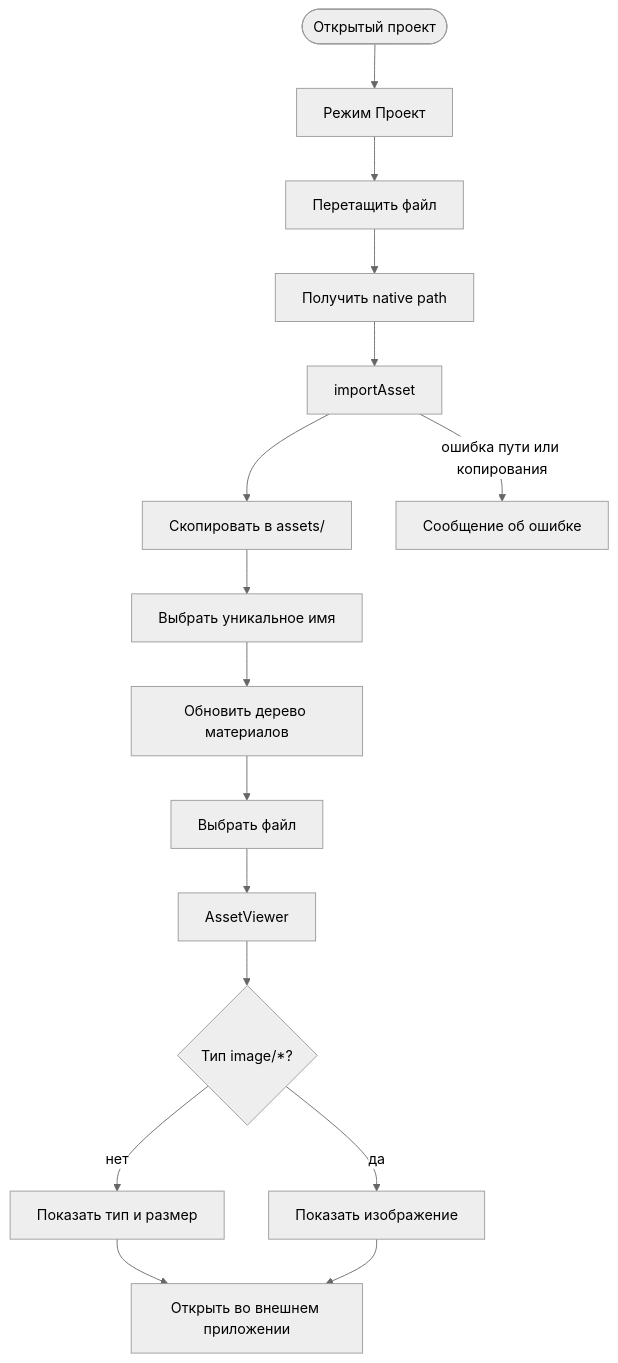
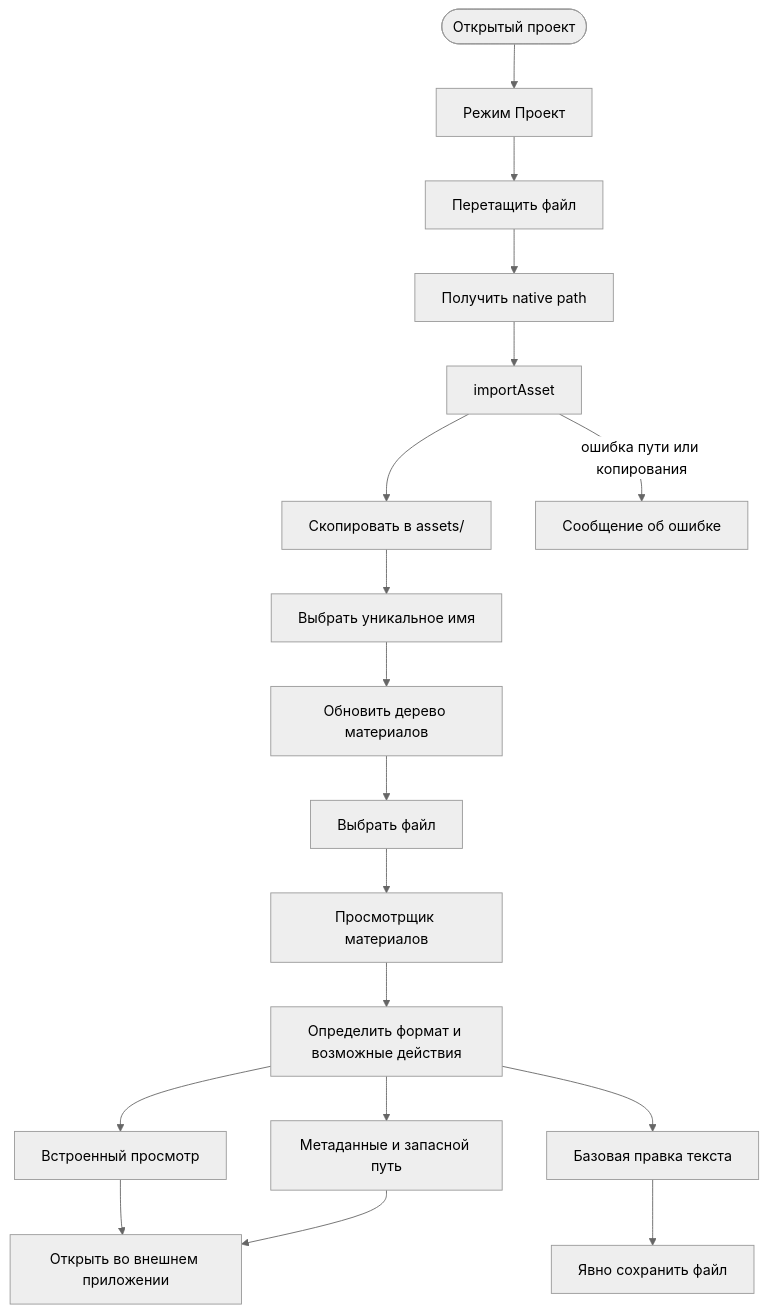
One commit to Queryn-labs/queryn-docs changed the diagram in docs/product/flows/add-assets.md. Above: the diagram before and after it, drawn with Mermaid (neutral theme). The commit also changed other lines of this file and 6 other files, not shown here.

```diff
--- a/docs/product/flows/add-assets.md
+++ b/docs/product/flows/add-assets.md
@@ -18,18 +18,20 @@
 ~~~mermaid
 flowchart TD
   Project([Открытый проект]) --> Materials["Режим Проект"]
   Materials --> Drop["Перетащить файл"]
   Drop --> Path["Получить native path"]
   Path --> Import["importAsset"]
   Import --> Copy["Скопировать в assets/"]
   Copy --> Unique["Выбрать уникальное имя"]
   Unique --> Refresh["Обновить дерево материалов"]
   Refresh --> Asset["Выбрать файл"]
-  Asset --> Viewer["AssetViewer"]
-  Viewer --> Image{"Тип image/*?"}
-  Image -->|да| Preview["Показать изображение"]
-  Image -->|нет| Meta["Показать тип и размер"]
-  Meta --> External["Открыть во внешнем приложении"]
-  Preview --> External
+  Asset --> Viewer["Просмотрщик материалов"]
+  Viewer --> Resolve["Определить формат и возможные действия"]
+  Resolve --> Preview["Встроенный просмотр"]
+  Resolve --> Edit["Базовая правка текста"]
+  Resolve --> Meta["Метаданные и запасной путь"]
+  Edit --> Save["Явно сохранить файл"]
+  Preview --> External["Открыть во внешнем приложении"]
+  Meta --> External
   Import -->|ошибка пути или копирования| Error["Сообщение об ошибке"]
 ~~~
```
